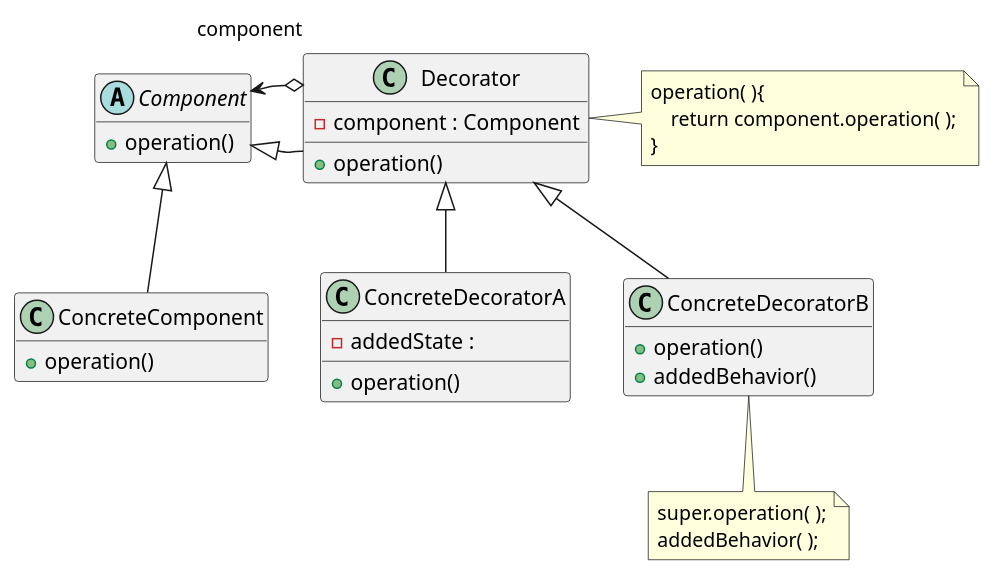
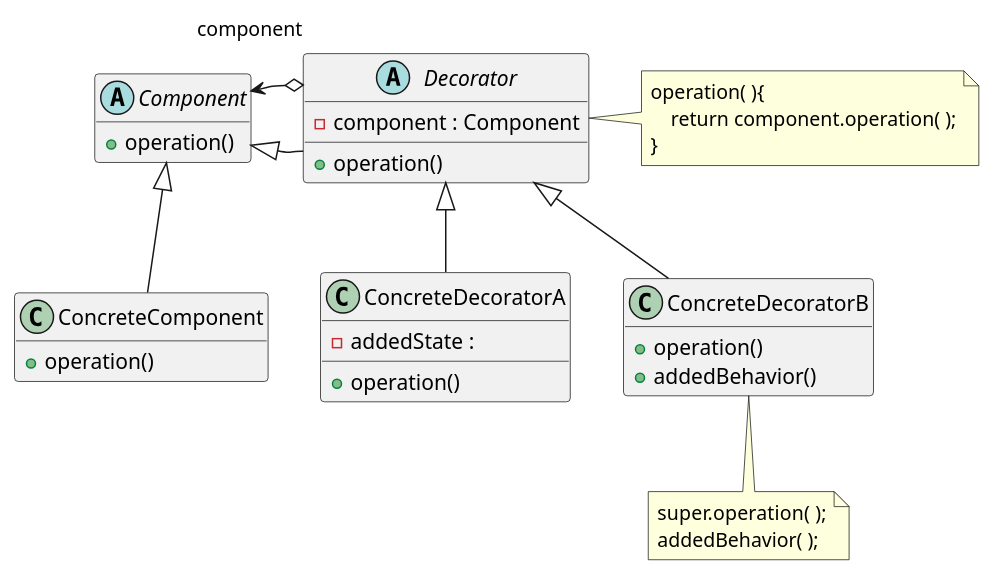
One commit to LviatYi/KnownBase changed the first of 3 diagrams in DesignPatternNote/index/decorator.md. Above: the diagram before and after it, drawn with PlantUML. The commit also changed 3 other files, not shown here.

````diff
--- a/DesignPatternNote/index/decorator.md
+++ b/DesignPatternNote/index/decorator.md
@@ -35,48 +35,48 @@
 ```PlantUML
 @startuml Decorator_ClassDiagram
 hide empty members
 abstract Component{
     + operation()
 }
 
 class ConcreteComponent{
     + operation()
 }
 
-class Decorator{
+abstract Decorator{
     - component : Component
     + operation()
 }
 
 class ConcreteDecoratorA{
     - addedState :
     + operation()
 }
 
 
 class ConcreteDecoratorB{
     + operation()
     + addedBehavior()
 }
 
 
 Component <|-down- ConcreteComponent
 Component <|-down- Decorator
 Component <-right-o "component" Decorator
 
 Decorator <|-down- ConcreteDecoratorA
 Decorator <|-down- ConcreteDecoratorB
 
 note right of Decorator
 operation( ){
     return component.operation( );
 }
 end note
 
 note bottom of ConcreteDecoratorB
 super.operation( );
 addedBehavior( );
 end note
 
 @enduml
 ```
````
